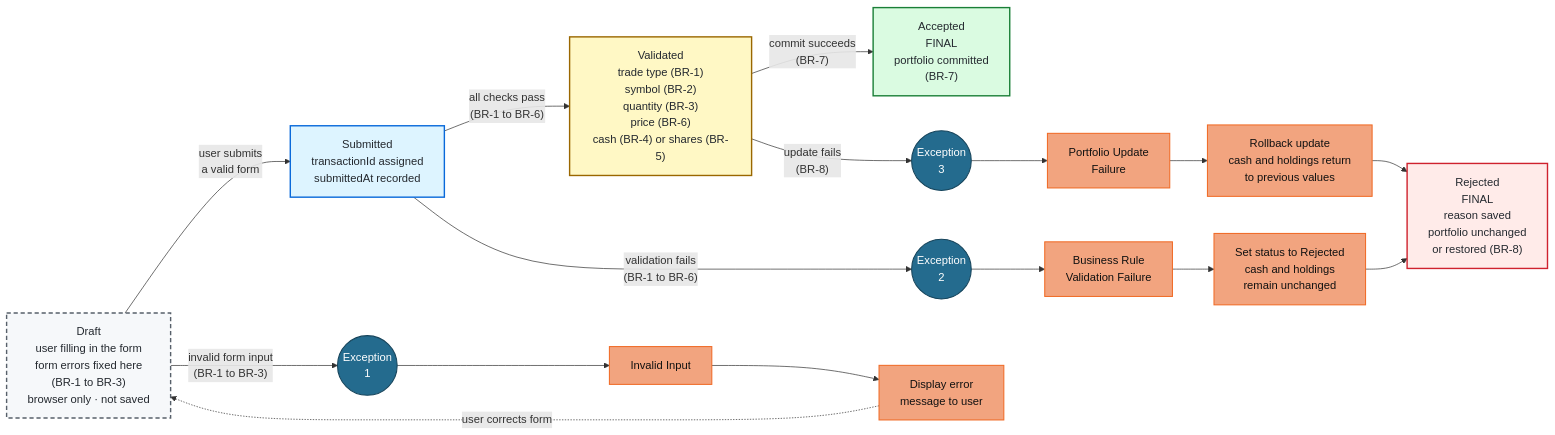
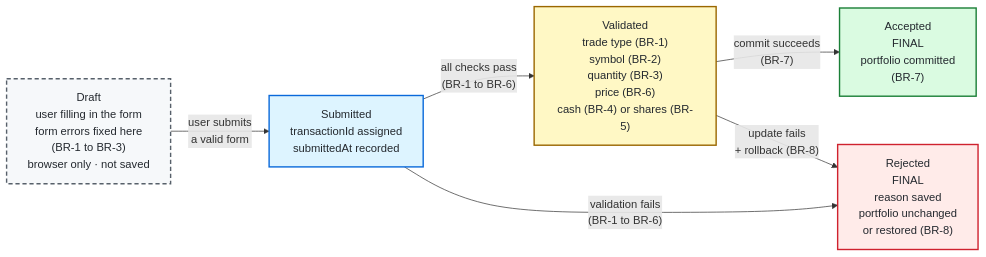
The first of 2 diagrams in docs/03-system-design/state-diagram.md (AustinNguyen1/MIS3371-Section10129-Group14), drawn with Mermaid before and after one commit. The commit also changed other lines of this file, not shown here.

````diff
--- a/docs/03-system-design/state-diagram.md
+++ b/docs/03-system-design/state-diagram.md
@@ -3,77 +3,26 @@
 ```mermaid
 flowchart LR
-    %% =========================
-    %% Main transaction states
-    %% =========================
     D["Draft<br/>user filling in the form<br/>form errors fixed here<br/>(BR-1 to BR-3)<br/>browser only · not saved"]
     S["Submitted<br/>transactionId assigned<br/>submittedAt recorded"]
     V["Validated<br/>trade type (BR-1)<br/>symbol (BR-2)<br/>quantity (BR-3)<br/>price (BR-6)<br/>cash (BR-4) or shares (BR-5)"]
     A["Accepted<br/>FINAL<br/>portfolio committed<br/>(BR-7)"]
     R["Rejected<br/>FINAL<br/>reason saved<br/>portfolio unchanged<br/>or restored (BR-8)"]
 
-    %% =========================
-    %% Exception paths
-    %% =========================
-    E1(("Exception<br/>1"))
-    X1["Invalid Input"]
-    O1["Display error<br/>message to user"]
-
-    E2(("Exception<br/>2"))
-    X2["Business Rule<br/>Validation Failure"]
-    O2["Set status to Rejected<br/>cash and holdings<br/>remain unchanged"]
-
-    E3(("Exception<br/>3"))
-    X3["Portfolio Update<br/>Failure"]
-    O3["Rollback update<br/>cash and holdings return<br/>to previous values"]
-
-    %% =========================
-    %% Normal transaction path
-    %% =========================
     D -- "user submits<br/>a valid form" --> S
     S -- "all checks pass<br/>(BR-1 to BR-6)" --> V
+    S -- "validation fails<br/>(BR-1 to BR-6)" --> R
     V -- "commit succeeds<br/>(BR-7)" --> A
+    V -- "update fails<br/>+ rollback (BR-8)" --> R
 
-    %% =========================
-    %% Exception 1
-    %% =========================
-    D -- "invalid form input<br/>(BR-1 to BR-3)" --> E1
-    E1 --> X1
-    X1 --> O1
-    O1 -. "user corrects form" .-> D
-
-    %% =========================
-    %% Exception 2
-    %% =========================
-    S -- "validation fails<br/>(BR-1 to BR-6)" --> E2
-    E2 --> X2
-    X2 --> O2
-    O2 --> R
-
-    %% =========================
-    %% Exception 3
-    %% =========================
-    V -- "update fails<br/>(BR-8)" --> E3
-    E3 --> X3
-    X3 --> O3
-    O3 --> R
-
-    %% =========================
-    %% Styles
-    %% =========================
     classDef draft fill:#f6f8fa,stroke:#57606a,color:#24292f,stroke-width:2px,stroke-dasharray:6 4
     classDef submitted fill:#ddf4ff,stroke:#0969DA,color:#24292f,stroke-width:2px
     classDef validated fill:#fff8c5,stroke:#9a6700,color:#24292f,stroke-width:2px
     classDef accepted fill:#dafbe1,stroke:#1a7f37,color:#24292f,stroke-width:2px
     classDef rejected fill:#ffebe9,stroke:#cf222e,color:#24292f,stroke-width:2px
-    classDef exception fill:#246b8e,stroke:#16445b,color:#ffffff,stroke-width:1.5px
-    classDef failure fill:#f2a47f,stroke:#f06b27,color:#111111,stroke-width:1.5px
 
     class D draft
     class S submitted
     class V validated
     class A accepted
     class R rejected
-
-    class E1,E2,E3 exception
-    class X1,X2,X3,O1,O2,O3 failure
 ```
````
